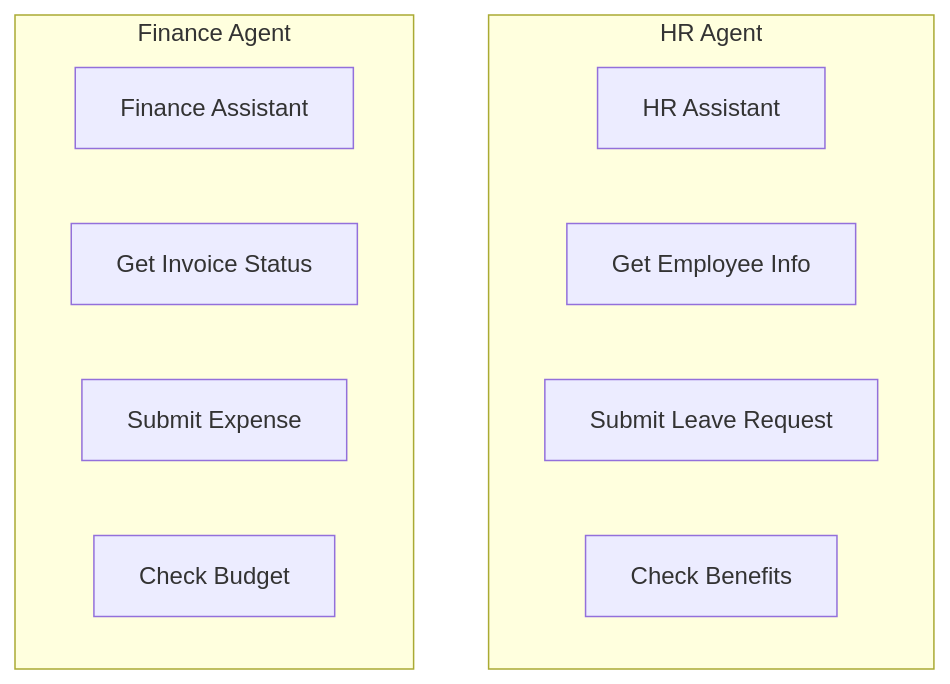
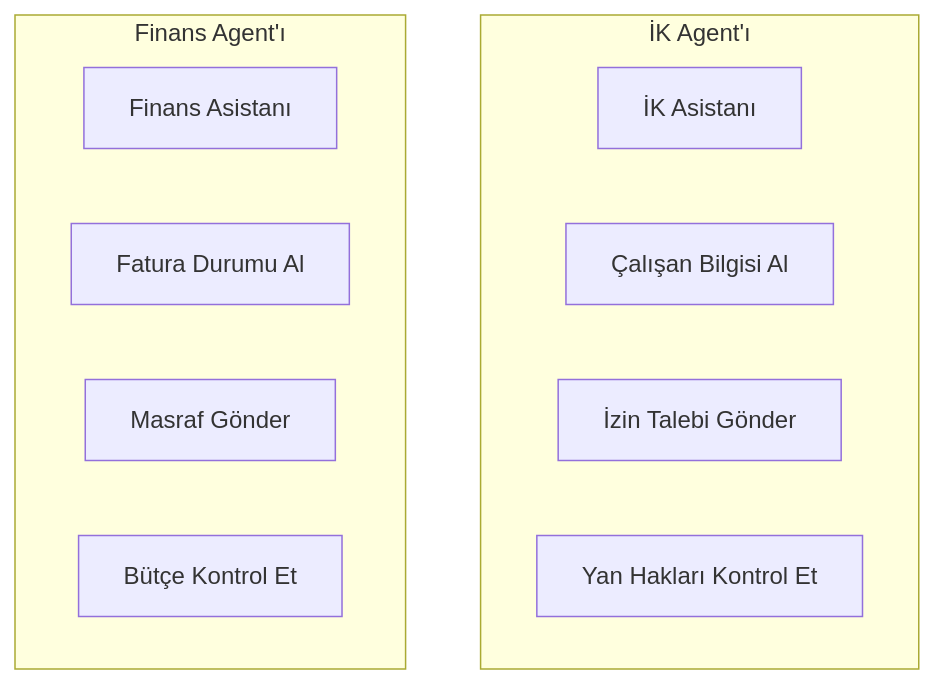
The fifth of 8 diagrams in Technical Tutorials/BTP/TR/chapters/10-building-agents.md (beyhanmeyrali/sap-all), drawn with Mermaid before and after one commit. The commit also changed other lines of this file and 11 other files, not shown here.

````diff
--- a/Technical Tutorials/BTP/TR/chapters/10-building-agents.md
+++ b/Technical Tutorials/BTP/TR/chapters/10-building-agents.md
@@ -382,16 +382,16 @@
 ```mermaid
 graph TD
-    subgraph "HR Agent"
-        A1[HR Assistant]
-        S1[Get Employee Info]
-        S2[Submit Leave Request]
-        S3[Check Benefits]
+    subgraph "İK Agent'ı"
+        A1[İK Asistanı]
+        S1[Çalışan Bilgisi Al]
+        S2[İzin Talebi Gönder]
+        S3[Yan Hakları Kontrol Et]
     end
 
-    subgraph "Finance Agent"
-        A2[Finance Assistant]
-        S4[Get Invoice Status]
-        S5[Submit Expense]
-        S6[Check Budget]
+    subgraph "Finans Agent'ı"
+        A2[Finans Asistanı]
+        S4[Fatura Durumu Al]
+        S5[Masraf Gönder]
+        S6[Bütçe Kontrol Et]
     end
 ```
````
